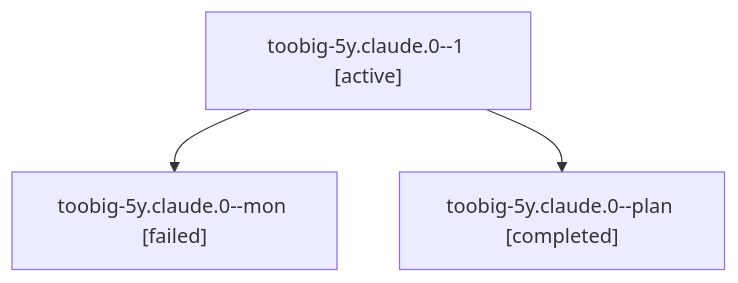
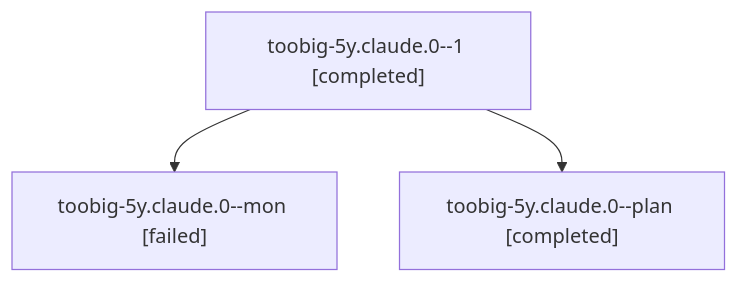
The diagram in families/bbugyi200.athena.toobig-5y.claude.0.md (sase-org/sase--agents), drawn with Mermaid before and after one commit. The commit also changed other lines of this file and 91 other files, not shown here.

````diff
--- a/families/bbugyi200.athena.toobig-5y.claude.0.md
+++ b/families/bbugyi200.athena.toobig-5y.claude.0.md
@@ -9,8 +9,8 @@
 ```mermaid
 flowchart TD
-  n0["toobig-5y.claude.0--1 [active]"]
+  n0["toobig-5y.claude.0--1 [completed]"]
   n1["toobig-5y.claude.0--mon [failed]"]
   n0 --> n1
   n2["toobig-5y.claude.0--plan [completed]"]
   n0 --> n2
 ```
````
